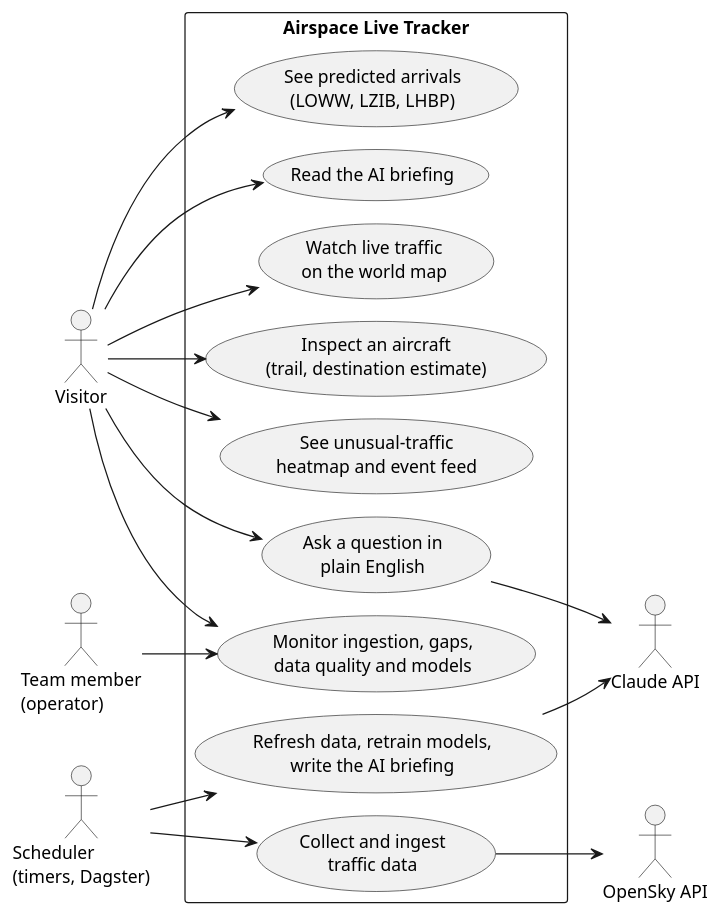
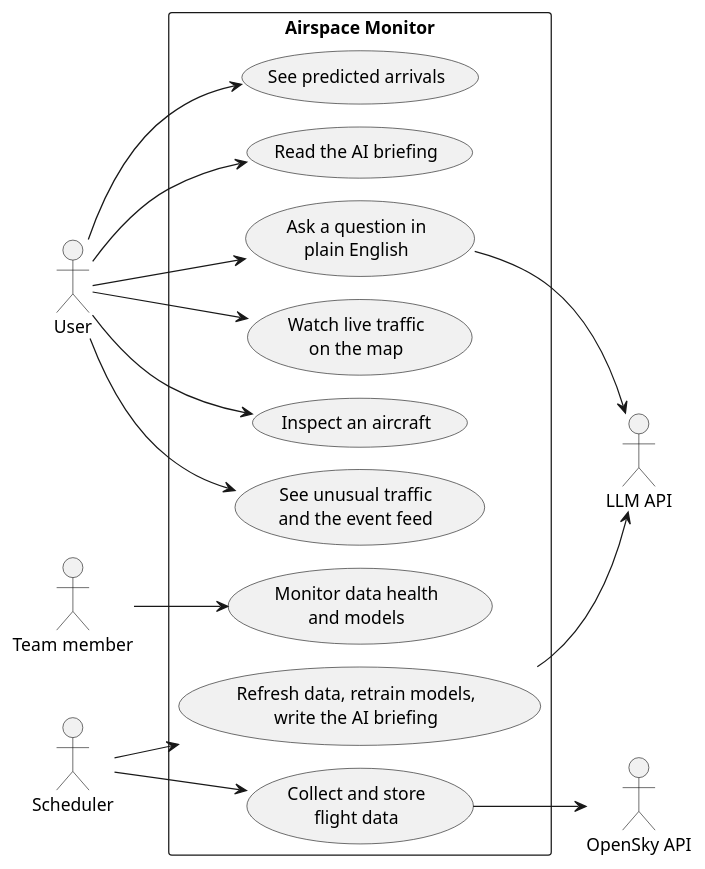
Before and after one commit to AlekkDev/airspace-live-tracker: the diagram in docs/diagrams/use-cases.puml, drawn with PlantUML. The commit also changed 22 other files, not shown here.

```diff
--- a/docs/diagrams/use-cases.puml
+++ b/docs/diagrams/use-cases.puml
@@ -1,40 +1,38 @@
 @startuml use-cases
 !pragma layout smetana
 left to right direction
 skinparam shadowing false
 skinparam defaultFontName Arial
 skinparam packageStyle rectangle
 
-actor "Visitor" as visitor
-actor "Team member\n(operator)" as operator
+actor "User" as user
+actor "Team member" as team
+actor "Scheduler" as scheduler
 actor "OpenSky API" as opensky
-actor "Claude API" as claude
-actor "Scheduler\n(timers, Dagster)" as scheduler
+actor "LLM API" as llm
 
-rectangle "Airspace Live Tracker" {
-  usecase "Watch live traffic\non the world map" as UC1
-  usecase "Inspect an aircraft\n(trail, destination estimate)" as UC2
-  usecase "See unusual-traffic\nheatmap and event feed" as UC3
-  usecase "See predicted arrivals\n(LOWW, LZIB, LHBP)" as UC4
+rectangle "Airspace Monitor" {
+  usecase "Watch live traffic\non the map" as UC1
+  usecase "Inspect an aircraft" as UC2
+  usecase "See unusual traffic\nand the event feed" as UC3
+  usecase "See predicted arrivals" as UC4
   usecase "Read the AI briefing" as UC5
   usecase "Ask a question in\nplain English" as UC6
-  usecase "Collect and ingest\ntraffic data" as UC7
-  usecase "Refresh data, retrain models,\nwrite the AI briefing" as UC8
-  usecase "Monitor ingestion, gaps,\ndata quality and models" as UC9
+  usecase "Monitor data health\nand models" as UC7
+  usecase "Collect and store\nflight data" as UC8
+  usecase "Refresh data, retrain models,\nwrite the AI briefing" as UC9
 }
 
-visitor --> UC1
-visitor --> UC2
-visitor --> UC3
-visitor --> UC4
-visitor --> UC5
-visitor --> UC6
-visitor --> UC9
-operator --> UC9
-
-UC7 --> opensky
-UC6 --> claude
+user --> UC1
+user --> UC2
+user --> UC3
+user --> UC4
+user --> UC5
+user --> UC6
+team --> UC7
 scheduler --> UC8
-scheduler --> UC7
-UC8 --> claude
+scheduler --> UC9
+UC8 --> opensky
+UC6 --> llm
+UC9 --> llm
 @enduml
```
